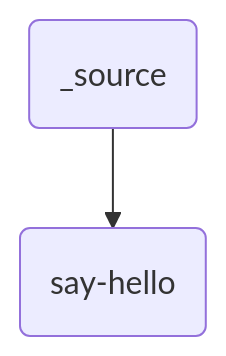
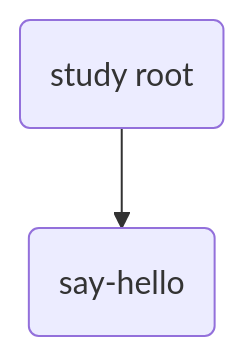
The first of 2 diagrams in mkdocs/docs/Maestro/tutorials.md (LLNL/maestrowf), drawn with Mermaid before and after one commit. The commit also changed other lines of this file and 1 other file, not shown here.

Commit message:
Finish hello_bye_world tutorial

````diff
--- a/mkdocs/docs/Maestro/tutorials.md
+++ b/mkdocs/docs/Maestro/tutorials.md
@@ -116,4 +143,4 @@
 ``` mermaid
 graph TD;
-    A(_source)-->B(say-hello);
+    A(study root)-->B(say-hello);
 ```
````
